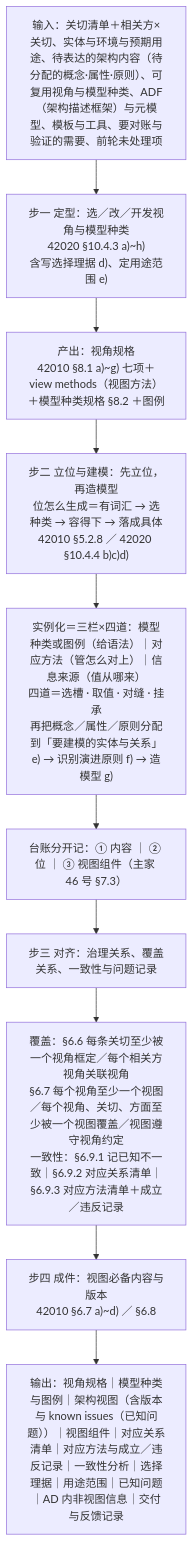
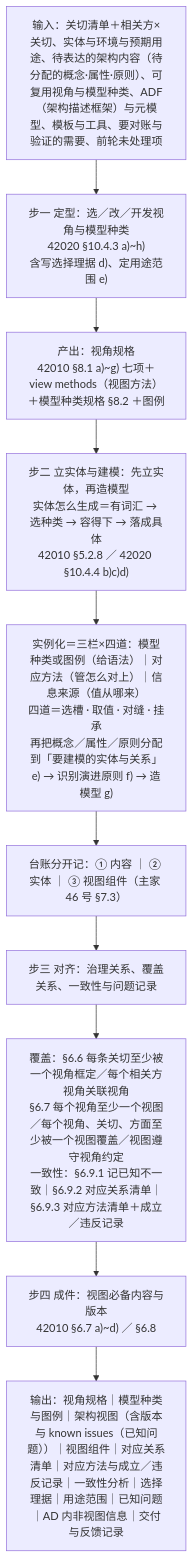
Before and after one commit to Yongjunzhou/business-Engineering: the sixth of 9 diagrams in 10-系统工程研究/00-系统工程相关研究报告/35-架构定义与视图设计研究报告-从意义目的到产品数据与四案例.md, drawn with Mermaid. The commit also changed other lines of this file and 25 other files, not shown here.

````diff
--- a/10-系统工程研究/00-系统工程相关研究报告/35-架构定义与视图设计研究报告-从意义目的到产品数据与四案例.md
+++ b/10-系统工程研究/00-系统工程相关研究报告/35-架构定义与视图设计研究报告-从意义目的到产品数据与四案例.md
@@ -869,12 +871,12 @@
 ```mermaid
 flowchart TD
     I["输入：关切清单＋相关方×关切、实体与环境与预期用途、待表达的架构内容（待分配的概念·属性·原则）、可复用视角与模型种类、ADF（架构描述框架）与元模型、模板与工具、要对账与验证的需要、前轮未处理项"] --> S1
     S1["步一 定型：选／改／开发视角与模型种类<br/>42020 §10.4.3 a)~h)<br/>含写选择理据 d)、定用途范围 e)"] --> A1["产出：视角规格<br/>42010 §8.1 a)~g) 七项＋view methods（视图方法）<br/>＋模型种类规格 §8.2 ＋图例"]
-    A1 --> S2["步二 立位与建模：先立位，再造模型<br/>位怎么生成＝有词汇 → 选种类 → 容得下 → 落成具体<br/>42010 §5.2.8 ／ 42020 §10.4.4 b)c)d)"]
+    A1 --> S2["步二 立实体与建模：先立实体，再造模型<br/>实体怎么生成＝有词汇 → 选种类 → 容得下 → 落成具体<br/>42010 §5.2.8 ／ 42020 §10.4.4 b)c)d)"]
     S2 --> A2["实例化＝三栏×四道：模型种类或图例（给语法）｜对应方法（管怎么对上）｜信息来源（值从哪来）<br/>四道＝选槽 · 取值 · 对缝 · 挂承<br/>再把概念／属性／原则分配到「要建模的实体与关系」e) → 识别演进原则 f) → 造模型 g)"]
-    A2 --> A2b["台账分开记：① 内容 ｜ ② 位 ｜ ③ 视图组件（主家 46 号 §7.3）"]
+    A2 --> A2b["台账分开记：① 内容 ｜ ② 实体 ｜ ③ 视图组件（主家 46 号 §7.3）"]
     A2b --> S3["步三 对齐：治理关系、覆盖关系、一致性与问题记录"]
     S3 --> A3["覆盖：§6.6 每条关切至少被一个视角框定／每个相关方视角关联视角<br/>§6.7 每个视角至少一个视图／每个视角、关切、方面至少被一个视图覆盖／视图遵守视角约定<br/>一致性：§6.9.1 记已知不一致｜§6.9.2 对应关系清单｜§6.9.3 对应方法清单＋成立／违反记录"]
     A3 --> S4["步四 成件：视图必备内容与版本<br/>42010 §6.7 a)~d) ／ §6.8"]
     S4 --> O["输出：视角规格｜模型种类与图例｜架构视图（含版本与 known issues（已知问题））｜视图组件｜对应关系清单｜对应方法与成立／违反记录｜一致性分析｜选择理据｜用途范围｜已知问题｜AD 内非视图信息｜交付与反馈记录"]
 ```
````
